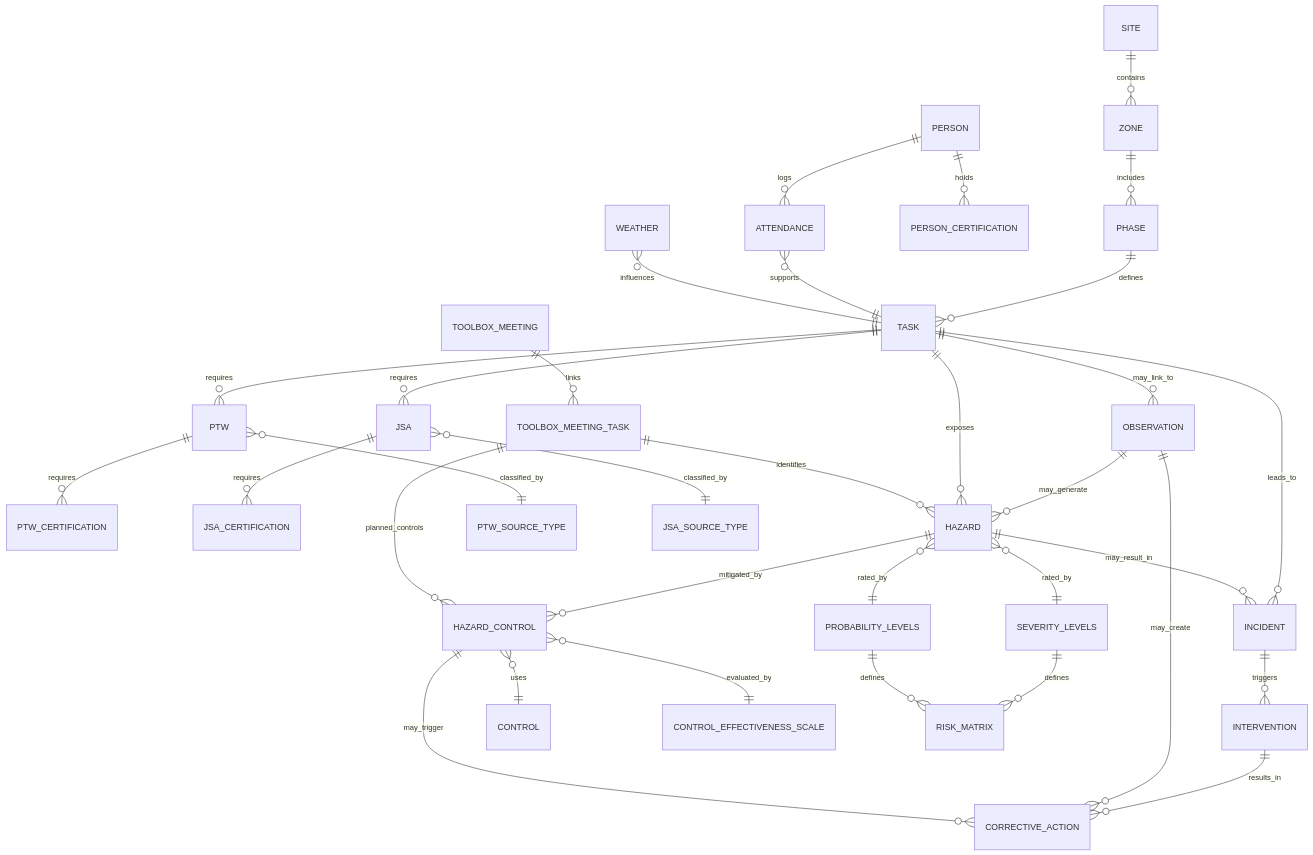
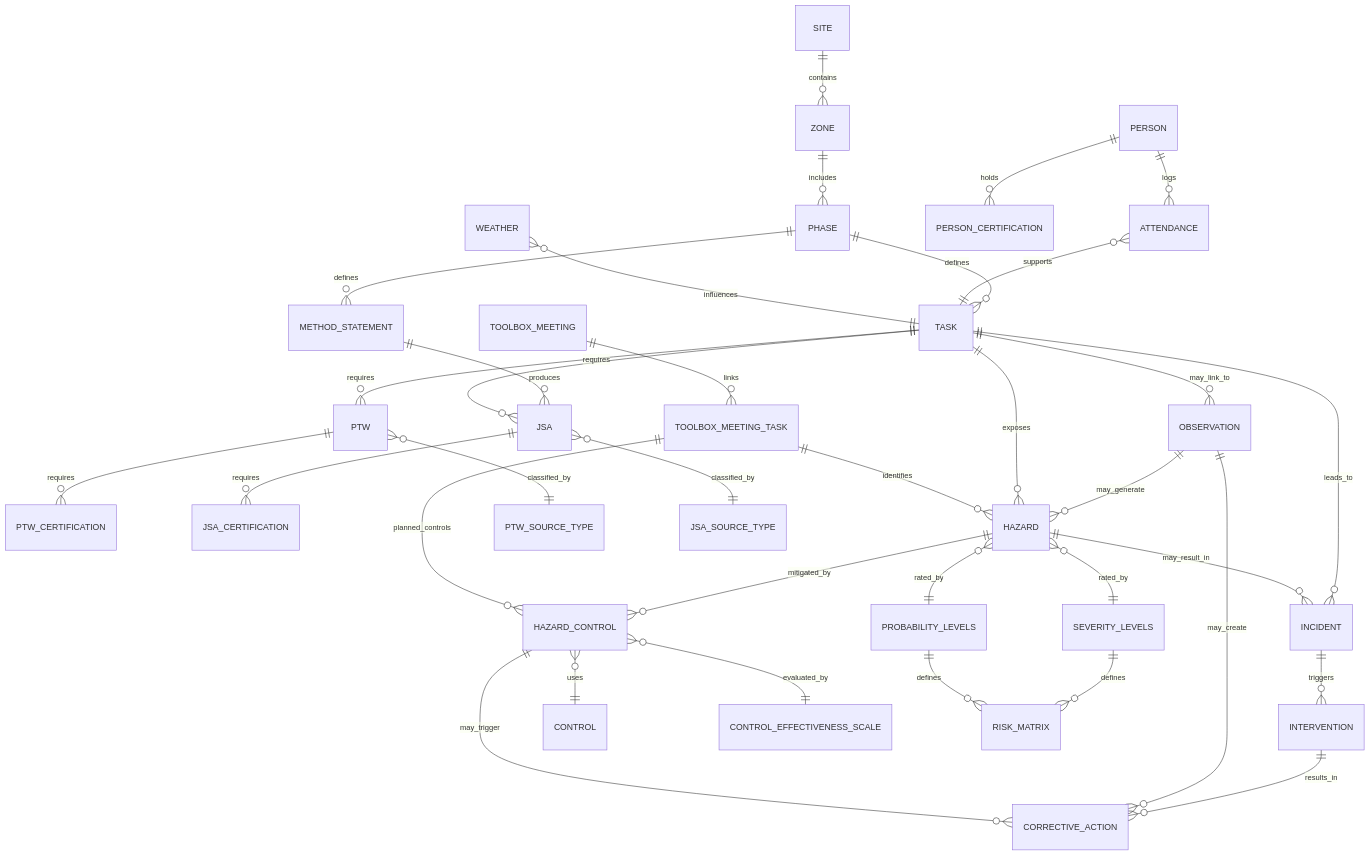
The diagram in README.md (Euchie23/HSEQ_Risk_Intel), drawn with Mermaid before and after one commit.

````diff
--- a/README.md
+++ b/README.md
@@ -58,49 +58,52 @@
 ```mermaid
 erDiagram
     SITE ||--o{ ZONE : contains
     ZONE ||--o{ PHASE : includes
     PHASE ||--o{ TASK : defines
+
+    PHASE ||--o{ METHOD_STATEMENT : defines
+    METHOD_STATEMENT ||--o{ JSA : produces
 
     PERSON ||--o{ ATTENDANCE : logs
     ATTENDANCE }o--|| TASK : supports
 
     TASK ||--o{ PTW : requires
     TASK ||--o{ JSA : requires
 
     PERSON ||--o{ PERSON_CERTIFICATION : holds
     PTW ||--o{ PTW_CERTIFICATION : requires
     JSA ||--o{ JSA_CERTIFICATION : requires
 
     TASK ||--o{ INCIDENT : leads_to
     INCIDENT ||--o{ INTERVENTION : triggers
     INTERVENTION ||--o{ CORRECTIVE_ACTION : results_in
 
     TASK ||--o{ OBSERVATION  : may_link_to
     OBSERVATION ||--o{ HAZARD : may_generate
     OBSERVATION ||--o{ CORRECTIVE_ACTION : may_create
 
     TASK ||--o{ HAZARD : exposes
     HAZARD ||--o{ HAZARD_CONTROL : mitigated_by
     HAZARD_CONTROL }o--|| CONTROL : uses
     HAZARD_CONTROL }o--|| CONTROL_EFFECTIVENESS_SCALE : evaluated_by
 
     HAZARD }o--|| SEVERITY_LEVELS : rated_by
     HAZARD }o--|| PROBABILITY_LEVELS : rated_by
     SEVERITY_LEVELS ||--o{ RISK_MATRIX : defines
     PROBABILITY_LEVELS ||--o{ RISK_MATRIX : defines
 
    
     HAZARD_CONTROL ||--o{ CORRECTIVE_ACTION : may_trigger
     HAZARD ||--o{ INCIDENT : may_result_in
 
 
     TOOLBOX_MEETING ||--o{ TOOLBOX_MEETING_TASK : links
     TOOLBOX_MEETING_TASK ||--o{ HAZARD : identifies
     TOOLBOX_MEETING_TASK ||--o{ HAZARD_CONTROL : planned_controls
 
     WEATHER }o--|| TASK : influences
 
     PTW }o--|| PTW_SOURCE_TYPE : classified_by
     JSA }o--|| JSA_SOURCE_TYPE : classified_by
 
 ```
````
